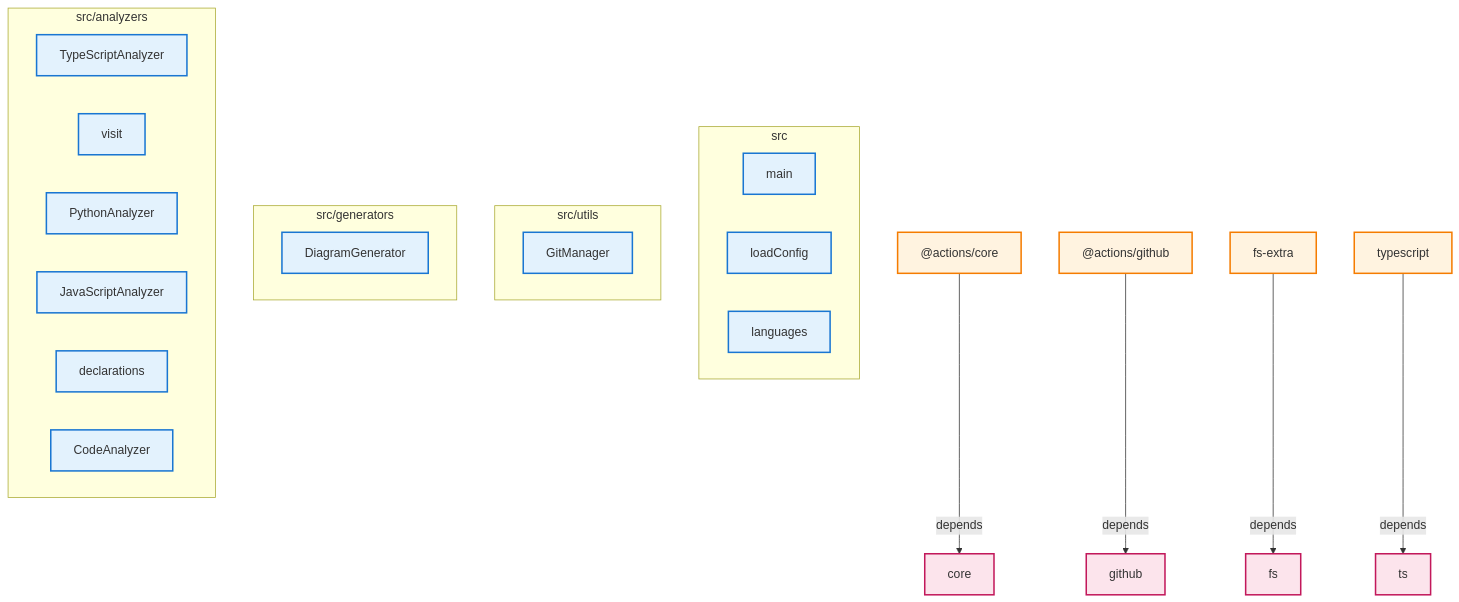
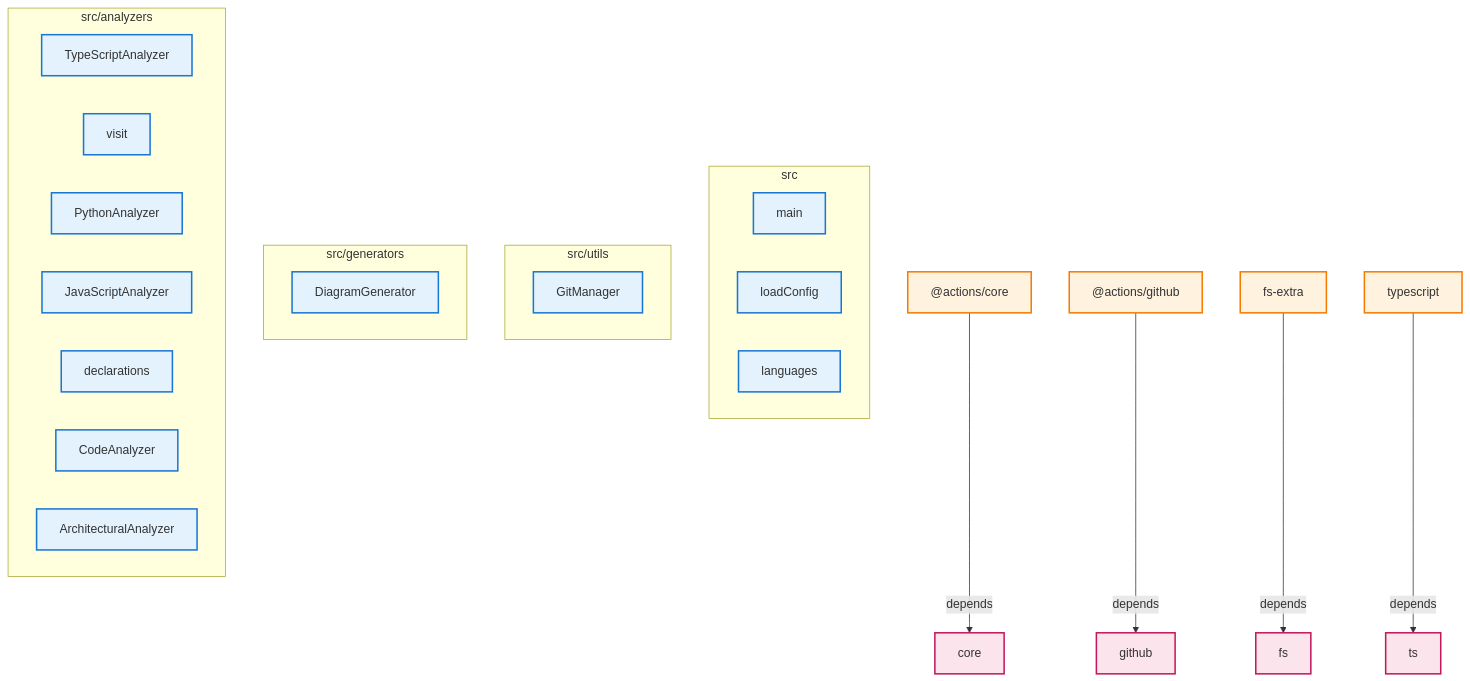
One commit to samjhill/diagrammer changed the diagram in docs/architecture/architecture.md. Above: the diagram before and after it, drawn with Mermaid.

Commit message:
docs(architecture): update generated diagrams [skip ci]

````diff
--- a/docs/architecture/architecture.md
+++ b/docs/architecture/architecture.md
@@ -5,64 +5,66 @@
 ```mermaid
 graph TD
   classDef component fill:#e3f2fd,stroke:#1976d2,stroke-width:2px
   classDef external fill:#fff3e0,stroke:#f57c00,stroke-width:2px
   classDef internal fill:#e8f5e8,stroke:#388e3c,stroke-width:2px
   classDef dependency fill:#fce4ec,stroke:#c2185b,stroke-width:2px
   classDef group fill:#f3e5f5,stroke:#7b1fa2,stroke-width:3px
 
   subgraph src["src"]
     main["main"]
     loadConfig["loadConfig"]
     languages["languages"]
   end
 
   subgraph src_utils["src/utils"]
     GitManager["GitManager"]
   end
 
   subgraph src_generators["src/generators"]
     DiagramGenerator["DiagramGenerator"]
   end
 
   subgraph src_analyzers["src/analyzers"]
     TypeScriptAnalyzer["TypeScriptAnalyzer"]
     visit["visit"]
     PythonAnalyzer["PythonAnalyzer"]
     JavaScriptAnalyzer["JavaScriptAnalyzer"]
     declarations["declarations"]
     CodeAnalyzer["CodeAnalyzer"]
+    ArchitecturalAnalyzer["ArchitecturalAnalyzer"]
   end
 
   _actions_core["@actions/core"]
   _actions_core:::external
   core["core"]
   core:::dependency
   _actions_core -->|depends| core
   _actions_github["@actions/github"]
   _actions_github:::external
   github["github"]
   github:::dependency
   _actions_github -->|depends| github
   fs_extra["fs-extra"]
   fs_extra:::external
   fs["fs"]
   fs:::dependency
   fs_extra -->|depends| fs
   typescript["typescript"]
   typescript:::external
   ts["ts"]
   ts:::dependency
   typescript -->|depends| ts
   main:::component
   loadConfig:::component
   languages:::component
   GitManager:::component
   DiagramGenerator:::component
   TypeScriptAnalyzer:::component
   visit:::component
   PythonAnalyzer:::component
   JavaScriptAnalyzer:::component
   declarations:::component
   CodeAnalyzer:::component
+  ArchitecturalAnalyzer:::component
 
 ```
````
